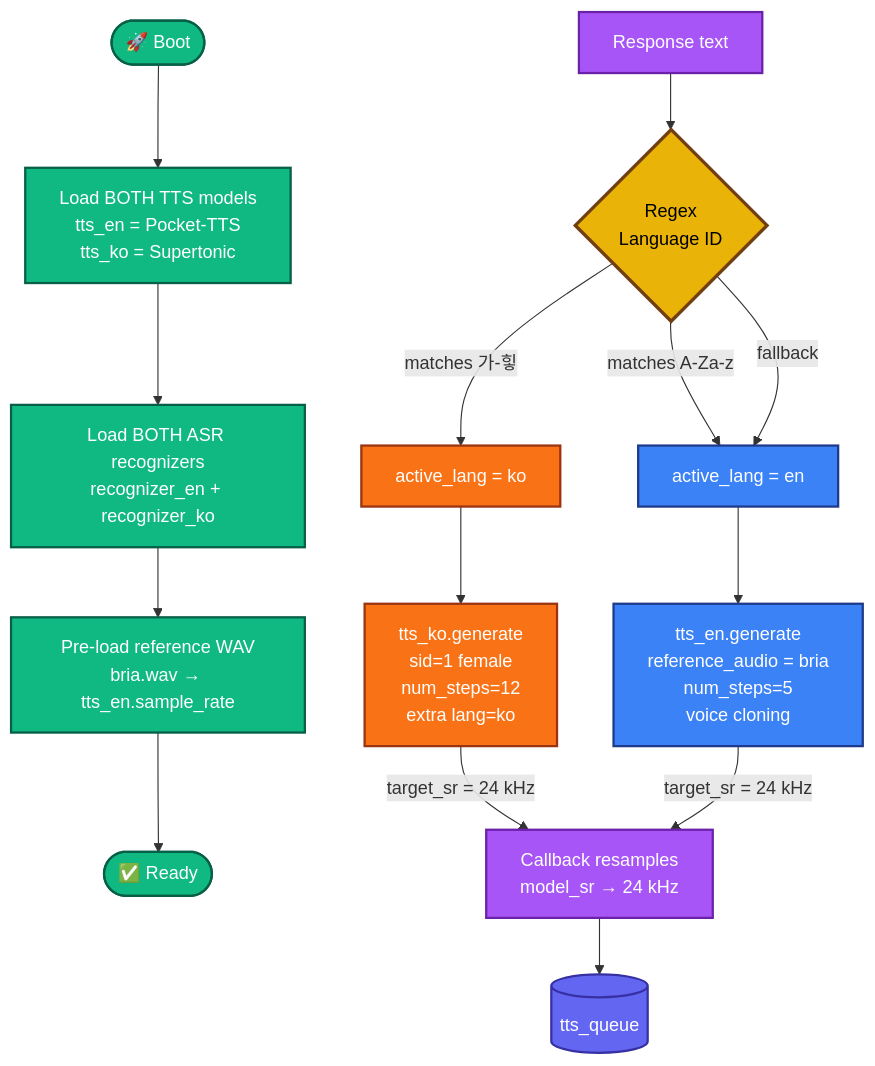
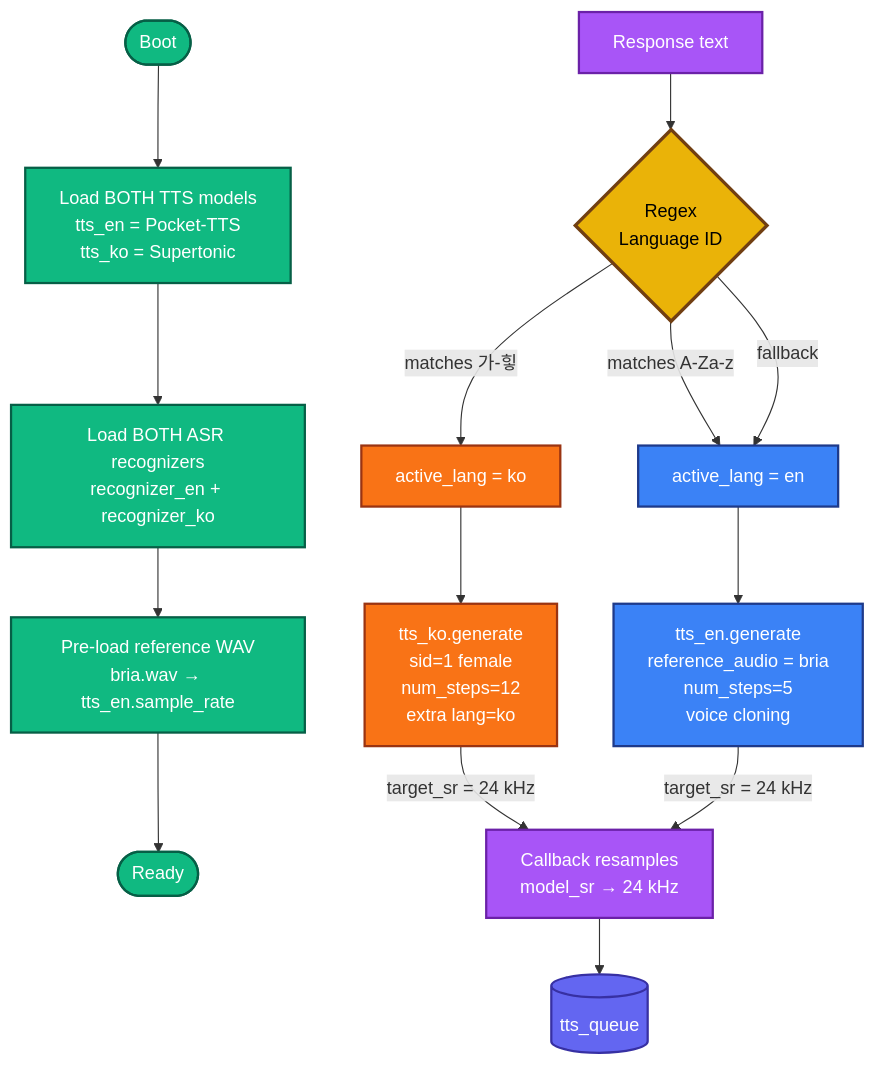
One commit to Prithwis-2023/sherpa-onnx changed the third of 4 diagrams in python-api-examples/BAYMAX_WORKFLOW.md. Above: the diagram before and after it, drawn with Mermaid. The commit also changed other lines of this file, not shown here.

````diff
--- a/python-api-examples/BAYMAX_WORKFLOW.md
+++ b/python-api-examples/BAYMAX_WORKFLOW.md
@@ -121,33 +121,33 @@
 ```mermaid
 flowchart TD
-    START([🚀 Boot]) --> LOAD[Load BOTH TTS models<br/>tts_en = Pocket-TTS<br/>tts_ko = Supertonic]
+    START([Boot]) --> LOAD[Load BOTH TTS models<br/>tts_en = Pocket-TTS<br/>tts_ko = Supertonic]
     LOAD --> LOADASR[Load BOTH ASR recognizers<br/>recognizer_en + recognizer_ko]
     LOADASR --> LOADREF[Pre-load reference WAV<br/>bria.wav → tts_en.sample_rate]
-    LOADREF --> READY([✅ Ready])
+    LOADREF --> READY([Ready])
 
     TEXT[Response text] --> RGX{Regex<br/>Language ID}
     RGX -->|"matches 가-힣"| KOPATH[active_lang = ko]
     RGX -->|matches A-Za-z| ENPATH[active_lang = en]
     RGX -->|fallback| ENPATH
 
     KOPATH --> KOGEN[tts_ko.generate<br/>sid=1 female<br/>num_steps=12<br/>extra lang=ko]
     ENPATH --> ENGEN[tts_en.generate<br/>reference_audio = bria<br/>num_steps=5<br/>voice cloning]
 
     KOGEN -->|target_sr = 24 kHz| CB[Callback resamples<br/>model_sr → 24 kHz]
     ENGEN -->|target_sr = 24 kHz| CB
     CB --> QQ[(tts_queue)]
 
     classDef boot   fill:#10b981,stroke:#065f46,stroke-width:2px,color:#fff
     classDef ko     fill:#f97316,stroke:#9a3412,stroke-width:2px,color:#fff
     classDef en     fill:#3b82f6,stroke:#1e3a8a,stroke-width:2px,color:#fff
     classDef router fill:#eab308,stroke:#713f12,stroke-width:3px,color:#000
     classDef common fill:#a855f7,stroke:#6b21a8,stroke-width:2px,color:#fff
     classDef queue  fill:#6366f1,stroke:#3730a3,stroke-width:2px,color:#fff
 
     class START,LOAD,LOADASR,LOADREF,READY boot
     class KOPATH,KOGEN ko
     class ENPATH,ENGEN en
     class RGX router
     class TEXT,CB common
     class QQ queue
 ```
````
